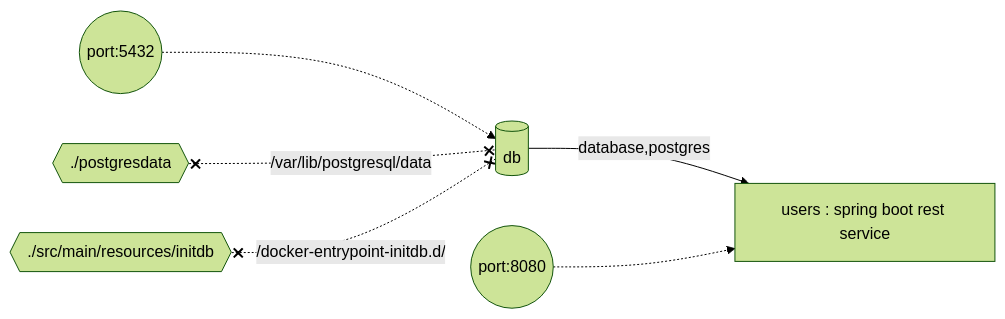
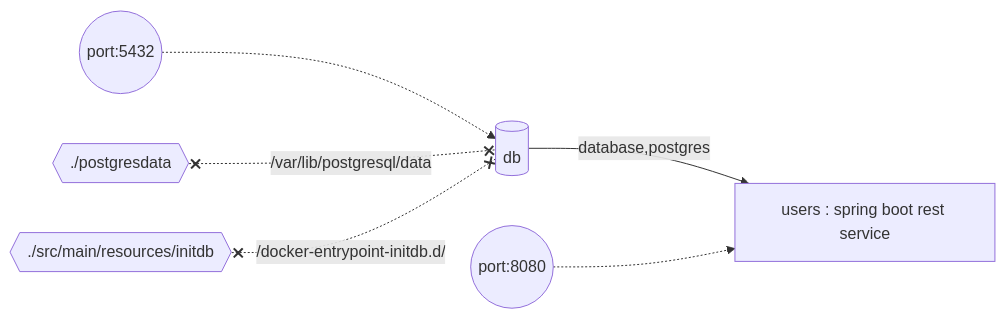
The diagram in readme.md (marcusblackhall/userservice), drawn with Mermaid before and after one commit.

Commit message:
Reset to mermaid default

````diff
--- a/readme.md
+++ b/readme.md
@@ -80,10 +80,9 @@
 ```mermaid
-%%{init: {'theme':'forest'}}%%
 flowchart LR
   db[(db)] --> |database,postgres |users
   port1((port:8080)) .-> users
   port2((port:5432)) .-> db
   volume1{{./postgresdata}}  x-.-x|/var/lib/postgresql/data| db
   volume2{{./src/main/resources/initdb}}    x-.-x|/docker-entrypoint-initdb.d/| db
   users[users : spring boot rest service]
 ```
````
